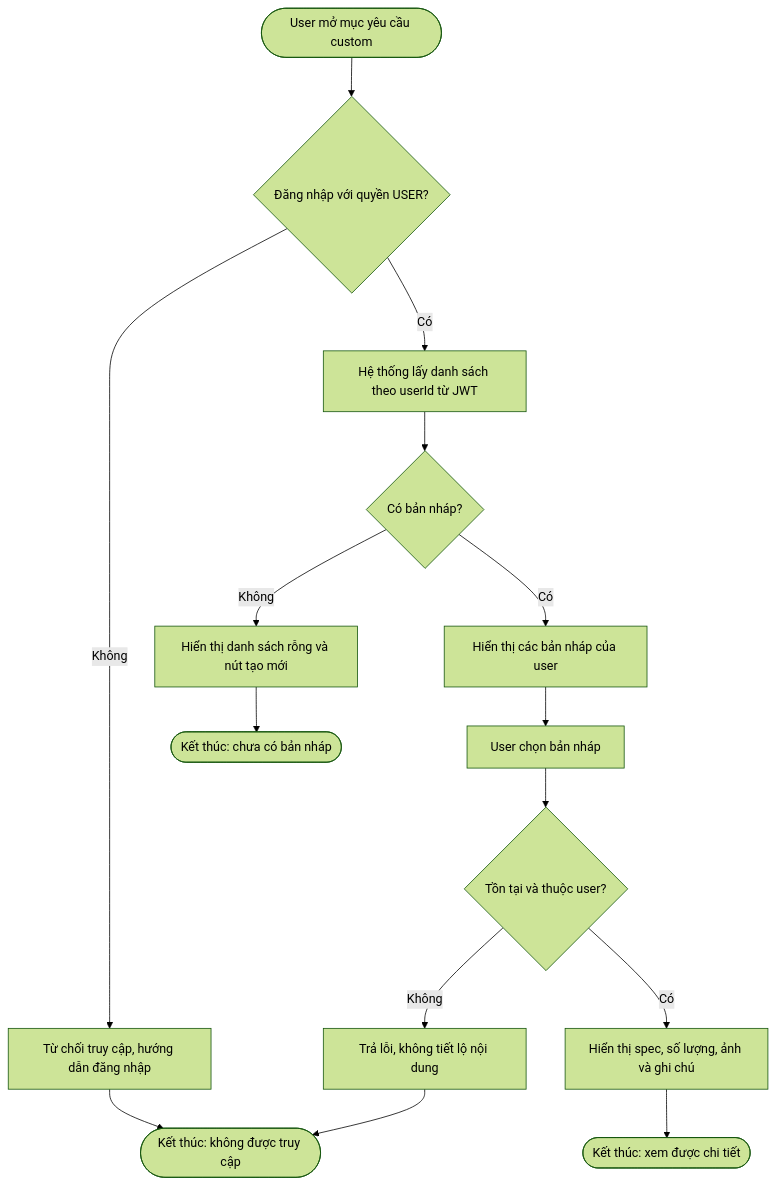
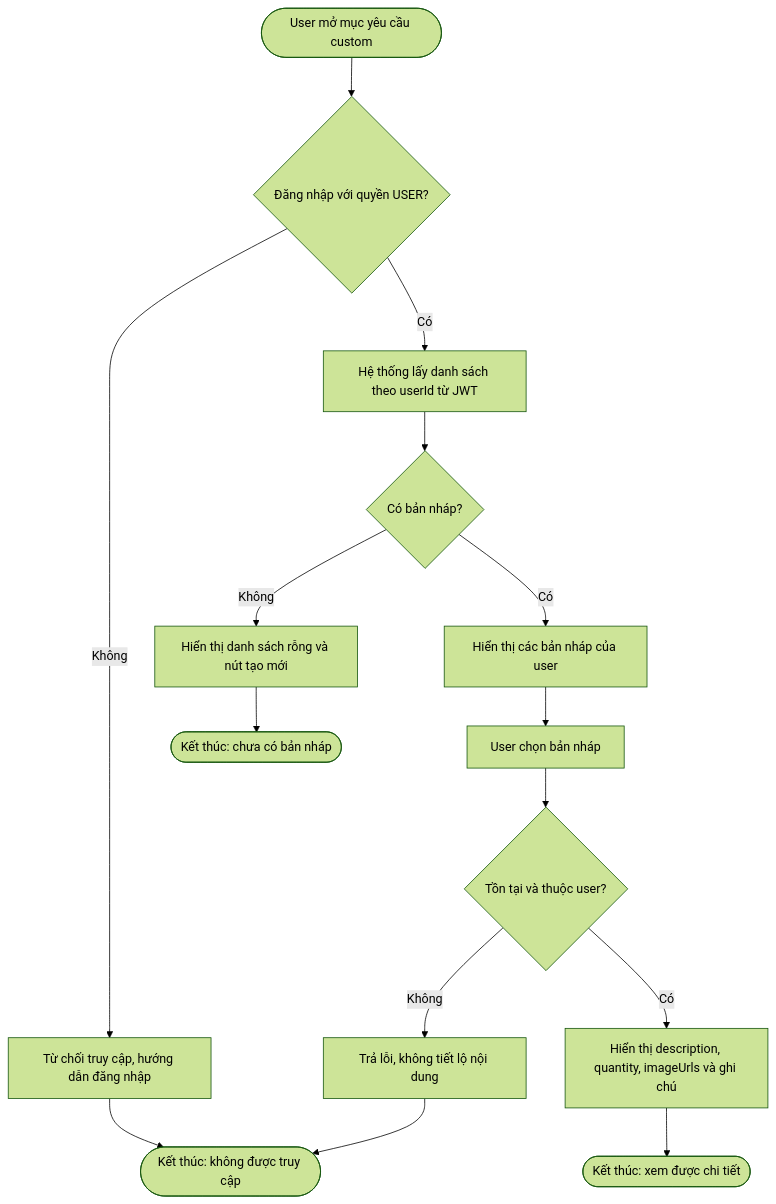
Before and after one commit to phamngoctu11/product_be: the second of 5 diagrams in docs/use-cases/WF01-custom-request/diagram.md, drawn with Mermaid (forest theme). The commit also changed other lines of this file and 35 other files, not shown here.

````diff
--- a/docs/use-cases/WF01-custom-request/diagram.md
+++ b/docs/use-cases/WF01-custom-request/diagram.md
@@ -37,17 +37,17 @@
 ```mermaid
 flowchart TD
     A([User mở mục yêu cầu custom]) --> B{Đăng nhập với quyền USER?}
     B -->|Không| X[Từ chối truy cập, hướng dẫn đăng nhập]
     B -->|Có| C[Hệ thống lấy danh sách theo userId từ JWT]
     C --> D{Có bản nháp?}
     D -->|Không| E[Hiển thị danh sách rỗng và nút tạo mới]
     D -->|Có| F[Hiển thị các bản nháp của user]
     F --> G[User chọn bản nháp]
     G --> H{Tồn tại và thuộc user?}
     H -->|Không| I[Trả lỗi, không tiết lộ nội dung]
-    H -->|Có| J[Hiển thị spec, số lượng, ảnh và ghi chú]
+    H -->|Có| J[Hiển thị description, quantity, imageUrls và ghi chú]
     J --> K([Kết thúc: xem được chi tiết])
     E --> L([Kết thúc: chưa có bản nháp])
     X --> M([Kết thúc: không được truy cập])
     I --> M
 ```
````
